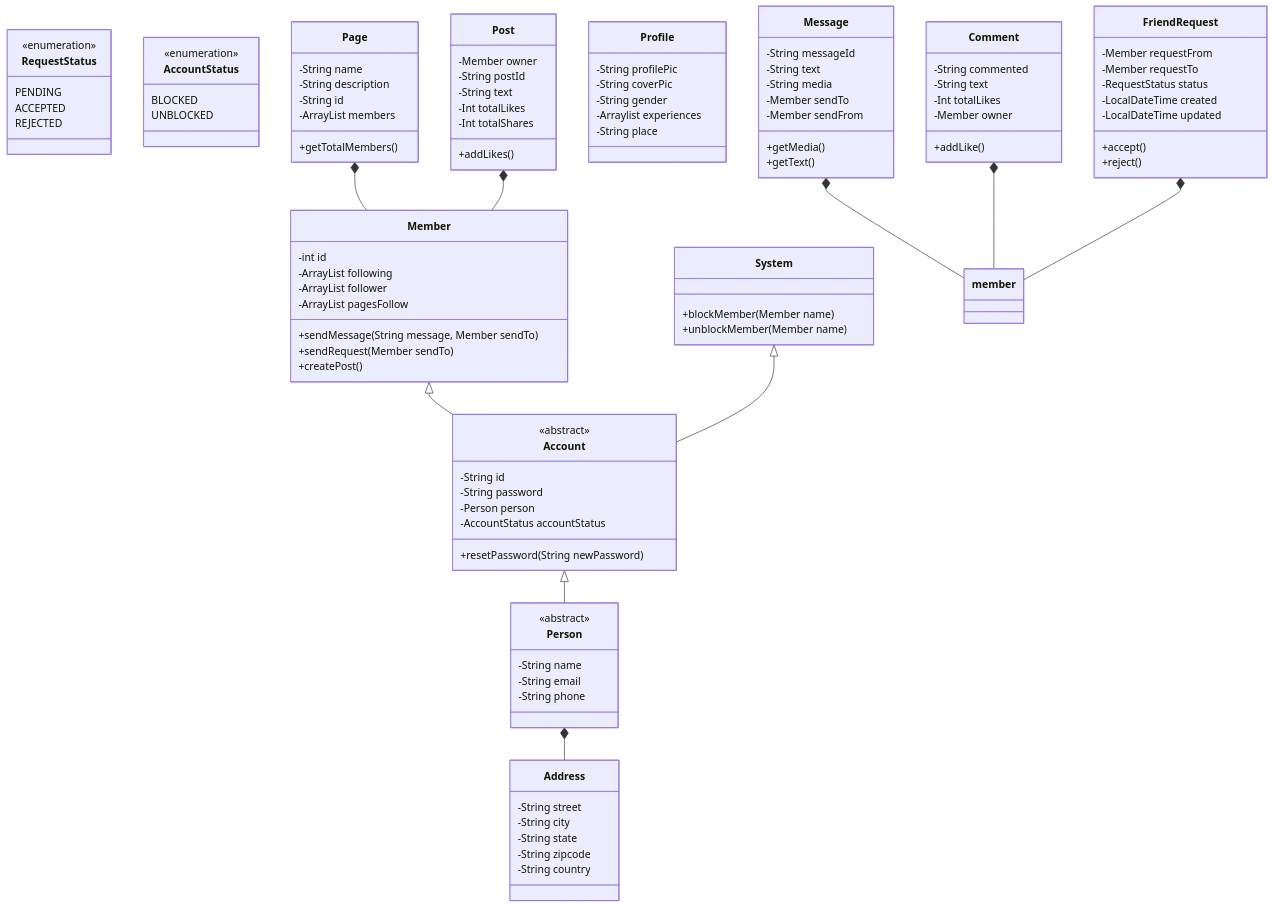
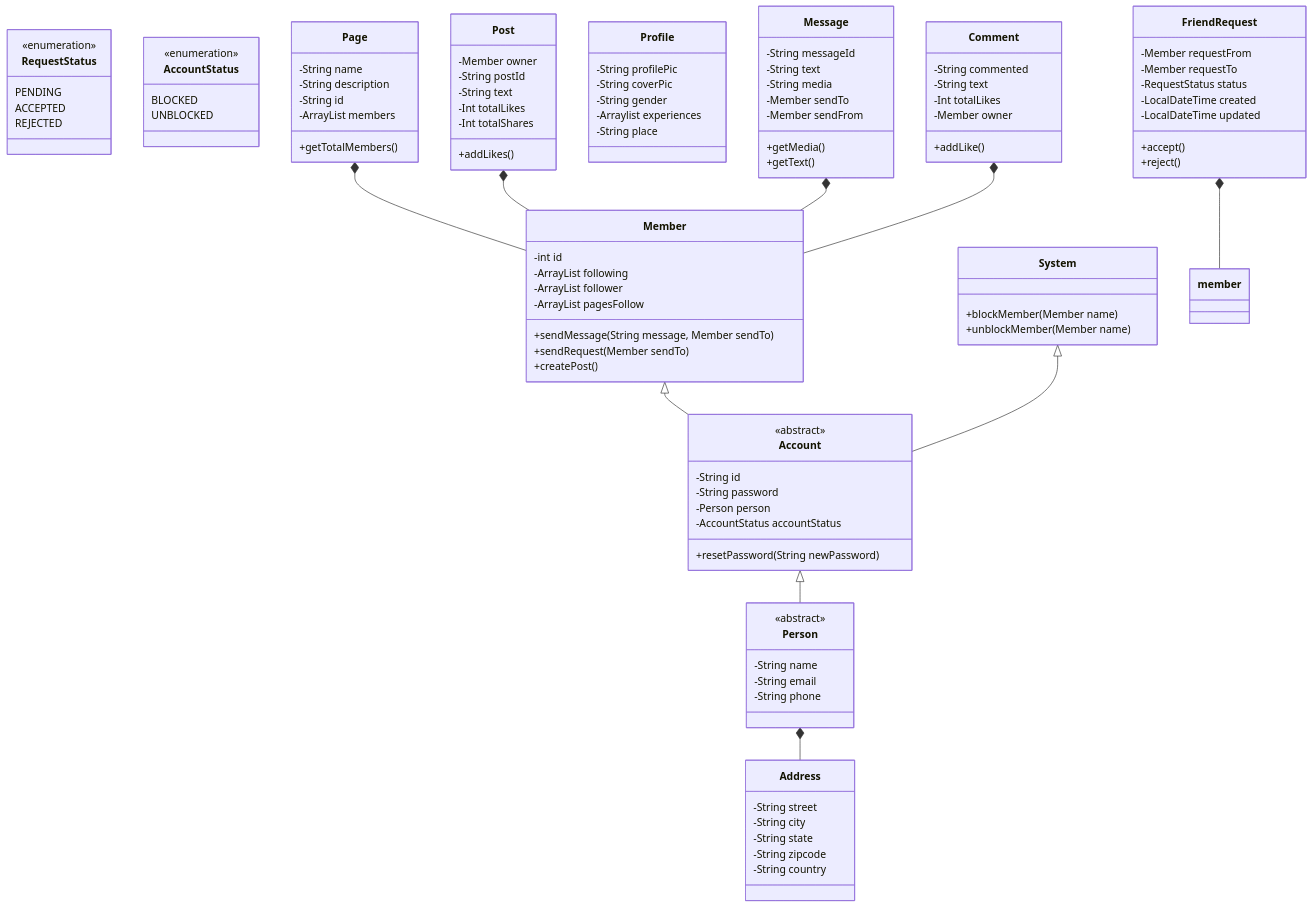
Before and after one commit to workrahul22/learning: the diagram in 2. Low Level Design/LLDExamples.md, drawn with Mermaid.

```diff
--- a/2. Low Level Design/LLDExamples.md
+++ b/2. Low Level Design/LLDExamples.md
@@ -94,7 +94,7 @@
       +getMedia()
       +getText()
     }
-    Message *-- member
+    Message *-- Member
 
     class Comment {
       -String commented
@@ -104,7 +104,7 @@
       +addLike()
     }
 
-    Comment *-- member
+    Comment *-- Member
 
     class FriendRequest {
       -Member requestFrom
```
